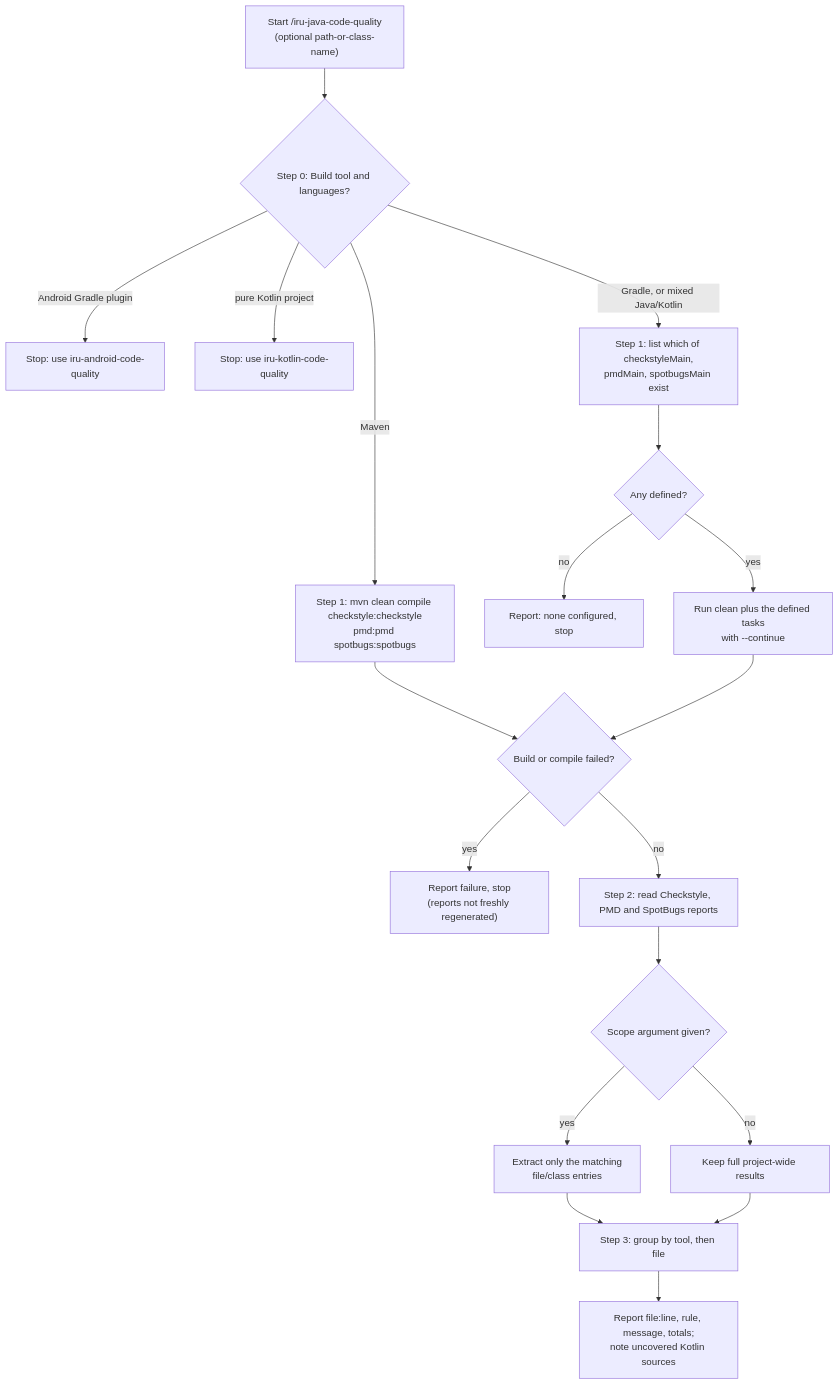
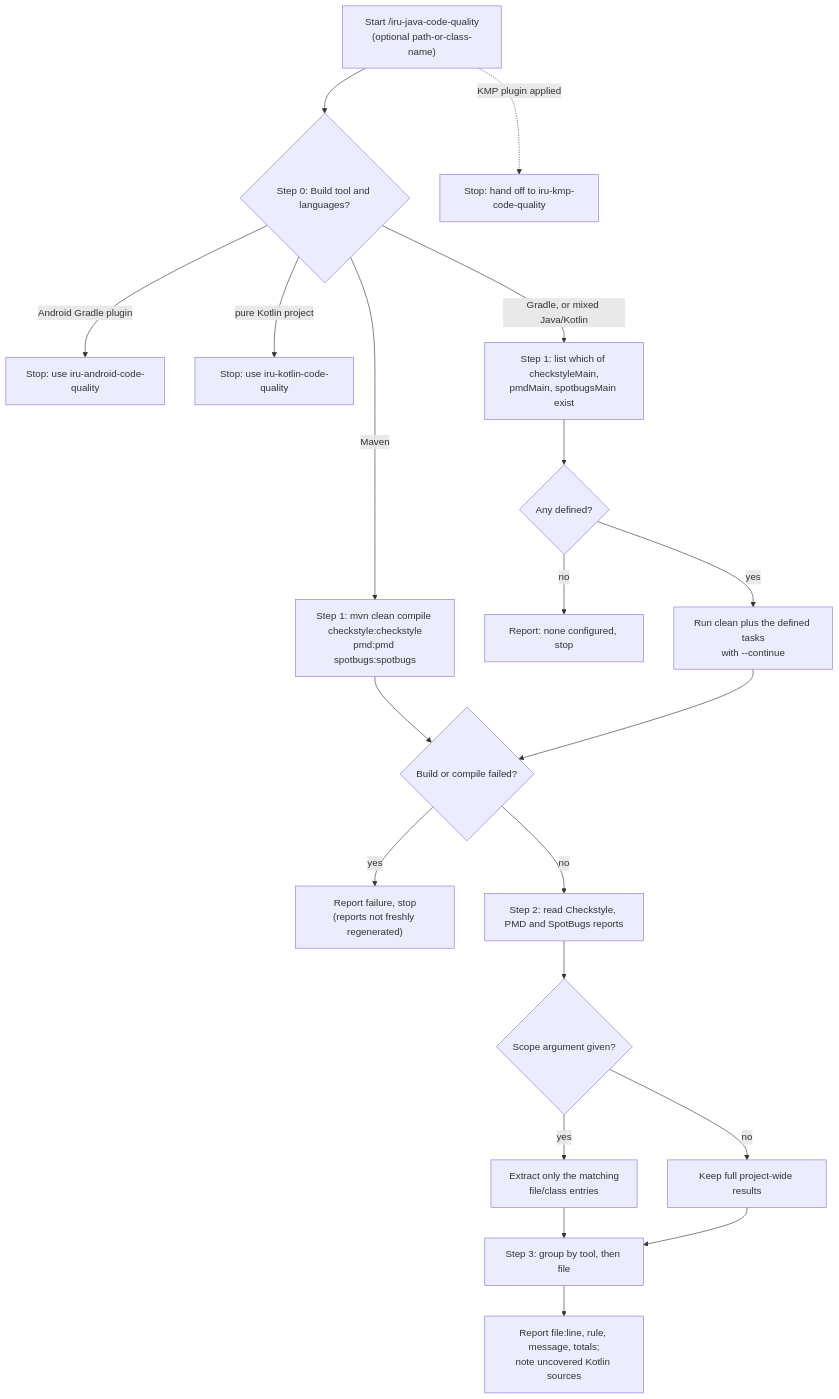
The diagram in docs/modules/ROOT/pages/skills/iru-java-code-quality.adoc (albertoirurueta/ai-catalog), drawn with Mermaid before and after one commit. The commit also changed other lines of this file and 138 other files, not shown here.

```diff
--- a/docs/modules/ROOT/pages/skills/iru-java-code-quality.adoc
+++ b/docs/modules/ROOT/pages/skills/iru-java-code-quality.adoc
@@ -83,22 +85,23 @@
 [mermaid]
 ....
 flowchart TD
     A["Start /iru-java-code-quality\n(optional path-or-class-name)"] --> B{"Step 0: Build tool and languages?"}
+    A -. "KMP plugin applied" .-> KMP["Stop: hand off to iru-kmp-code-quality"]
     B -- "Android Gradle plugin" --> B1["Stop: use iru-android-code-quality"]
     B -- "pure Kotlin project" --> B2["Stop: use iru-kotlin-code-quality"]
     B -- "Maven" --> C["Step 1: mvn clean compile checkstyle:checkstyle\npmd:pmd spotbugs:spotbugs"]
     B -- "Gradle, or mixed Java/Kotlin" --> D["Step 1: list which of checkstyleMain,\npmdMain, spotbugsMain exist"]
     D --> D1{"Any defined?"}
     D1 -- no --> D2["Report: none configured, stop"]
     D1 -- yes --> D3["Run clean plus the defined tasks\nwith --continue"]
     C --> E{"Build or compile failed?"}
     D3 --> E
     E -- yes --> F["Report failure, stop\n(reports not freshly regenerated)"]
     E -- no --> G["Step 2: read Checkstyle, PMD and SpotBugs reports"]
     G --> H{"Scope argument given?"}
     H -- yes --> I["Extract only the matching\nfile/class entries"]
     H -- no --> J["Keep full project-wide results"]
     I --> K["Step 3: group by tool, then file"]
     J --> K
     K --> L["Report file:line, rule, message, totals;\nnote uncovered Kotlin sources"]
 ....
```
